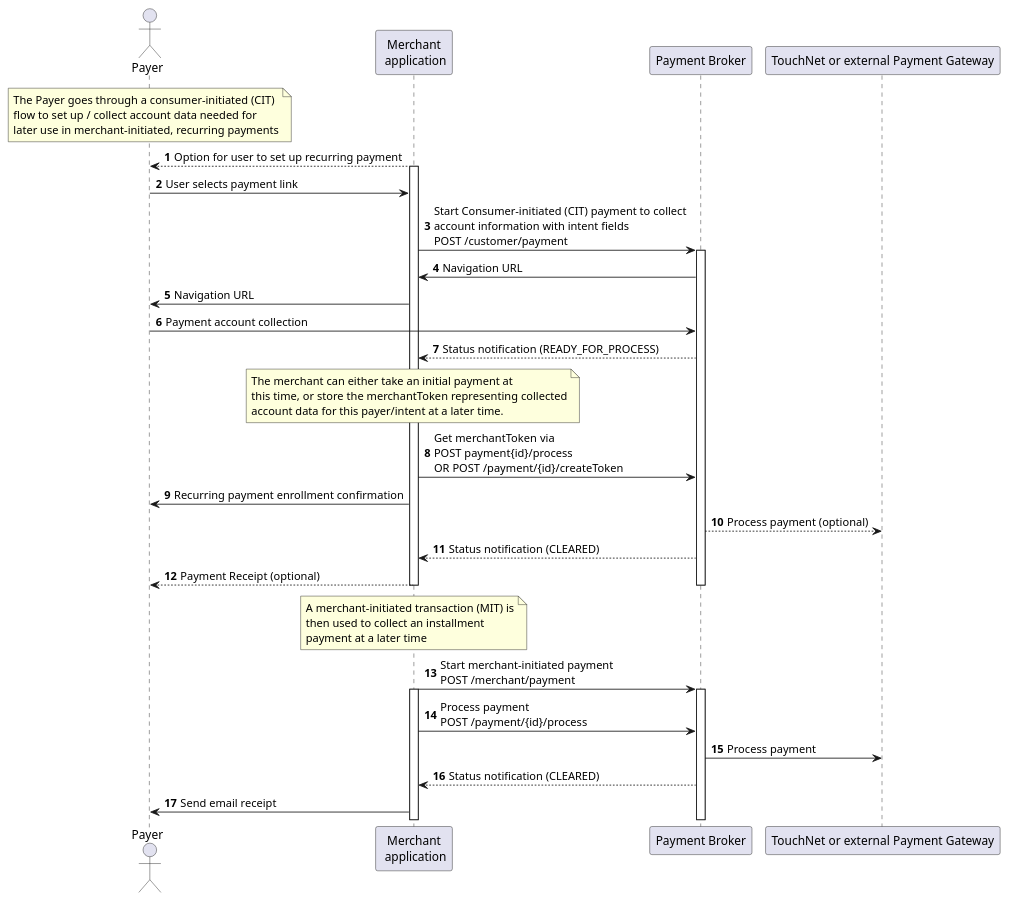
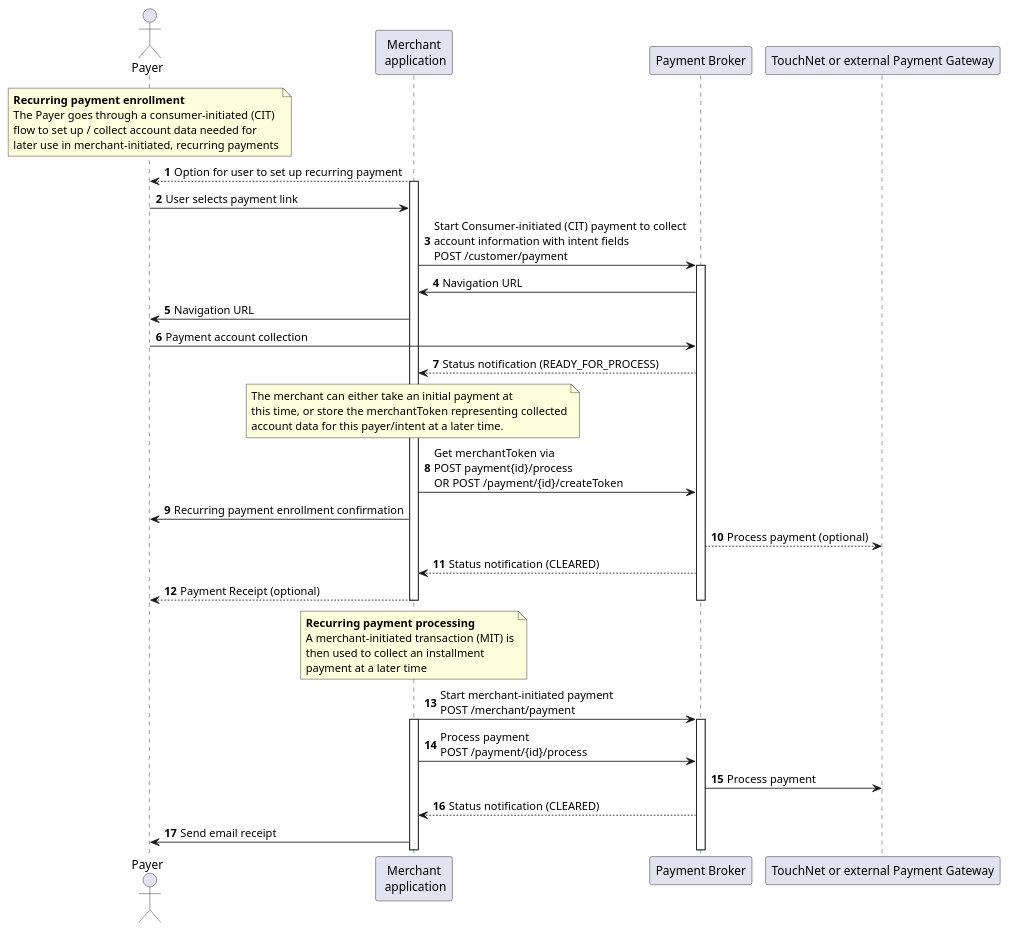
The diagram in docs/PaymentBroker_MerchantInitiatedFlow.puml (touchnetglobalpayments/broker-web-sdk), drawn with PlantUML before and after one commit.

Commit message:
PMTB-3582 - Add bolded headings for recurring payment enrollment vs recurring payment processing

```diff
--- a/docs/PaymentBroker_MerchantInitiatedFlow.puml
+++ b/docs/PaymentBroker_MerchantInitiatedFlow.puml
@@ -1,54 +1,56 @@
 @startuml
 autonumber
 
 ' Declare the players on the screen
 actor "Payer" as PAYER
 participant "Merchant\n application" as  MBE
 participant "Payment Broker" as PB
 participant "TouchNet or external Payment Gateway" as TPG
 
 ' Start the diagram
 note over PAYER
+  <b>Recurring payment enrollment</b>
   The Payer goes through a consumer-initiated (CIT) 
   flow to set up / collect account data needed for  
   later use in merchant-initiated, recurring payments
 end note
 
 MBE --> PAYER: Option for user to set up recurring payment
 activate MBE
 PAYER -> MBE: User selects payment link
 MBE -> PB: Start Consumer-initiated (CIT) payment to collect\naccount information with intent fields\nPOST /customer/payment
 activate PB
 PB -> MBE: Navigation URL
 MBE -> PAYER: Navigation URL
 
 PAYER -> PB: Payment account collection
 PB --> MBE: Status notification (READY_FOR_PROCESS)
 note over MBE
   The merchant can either take an initial payment at
   this time, or store the merchantToken representing collected
   account data for this payer/intent at a later time.
 end note
 MBE->PB: Get merchantToken via\nPOST payment{id}/process\nOR POST /payment/{id}/createToken
 MBE->PAYER: Recurring payment enrollment confirmation
 PB --> TPG: Process payment (optional)
 PB-->MBE: Status notification (CLEARED)
 MBE --> PAYER: Payment Receipt (optional)
 deactivate MBE
 deactivate PB
 
 note over MBE
+  <b>Recurring payment processing</b>
   A merchant-initiated transaction (MIT) is
   then used to collect an installment
   payment at a later time
 end note
 
 MBE->PB: Start merchant-initiated payment\nPOST /merchant/payment
 activate MBE
 activate PB
 MBE->PB: Process payment\nPOST /payment/{id}/process
 PB->TPG: Process payment
 PB-->MBE:Status notification (CLEARED)
 MBE->PAYER: Send email receipt
 
 @enduml
```
